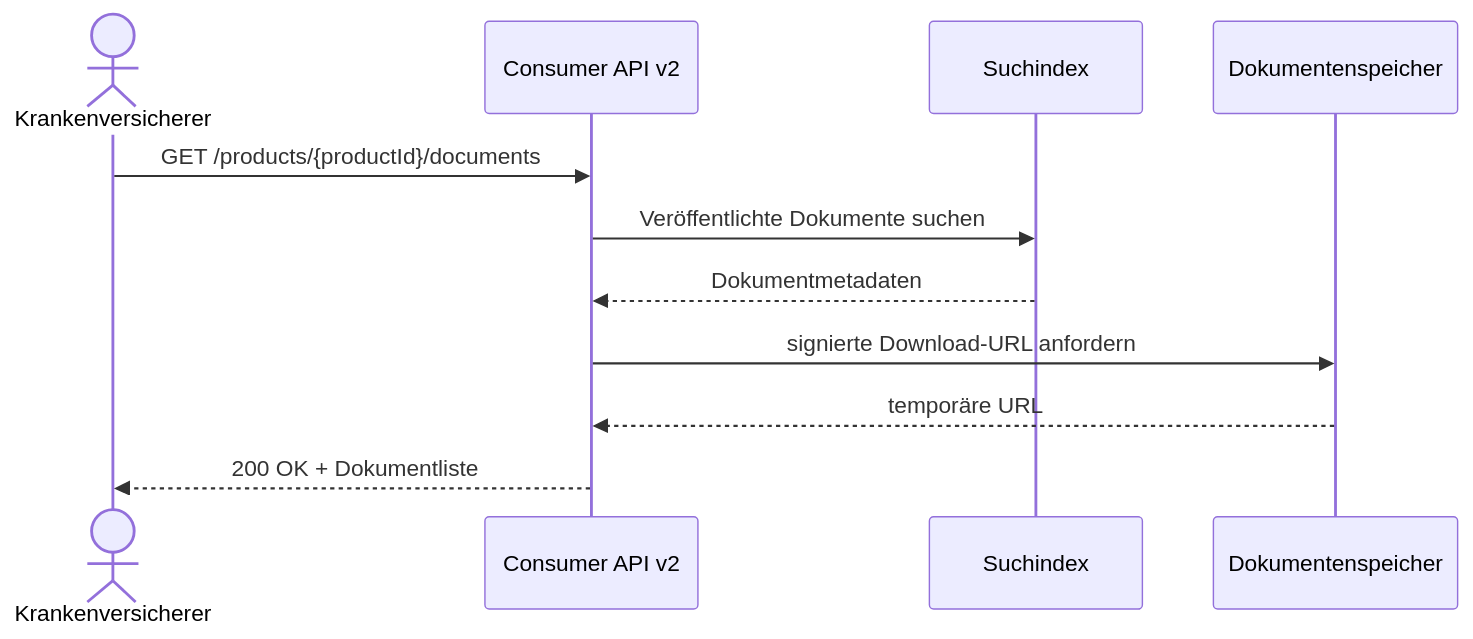
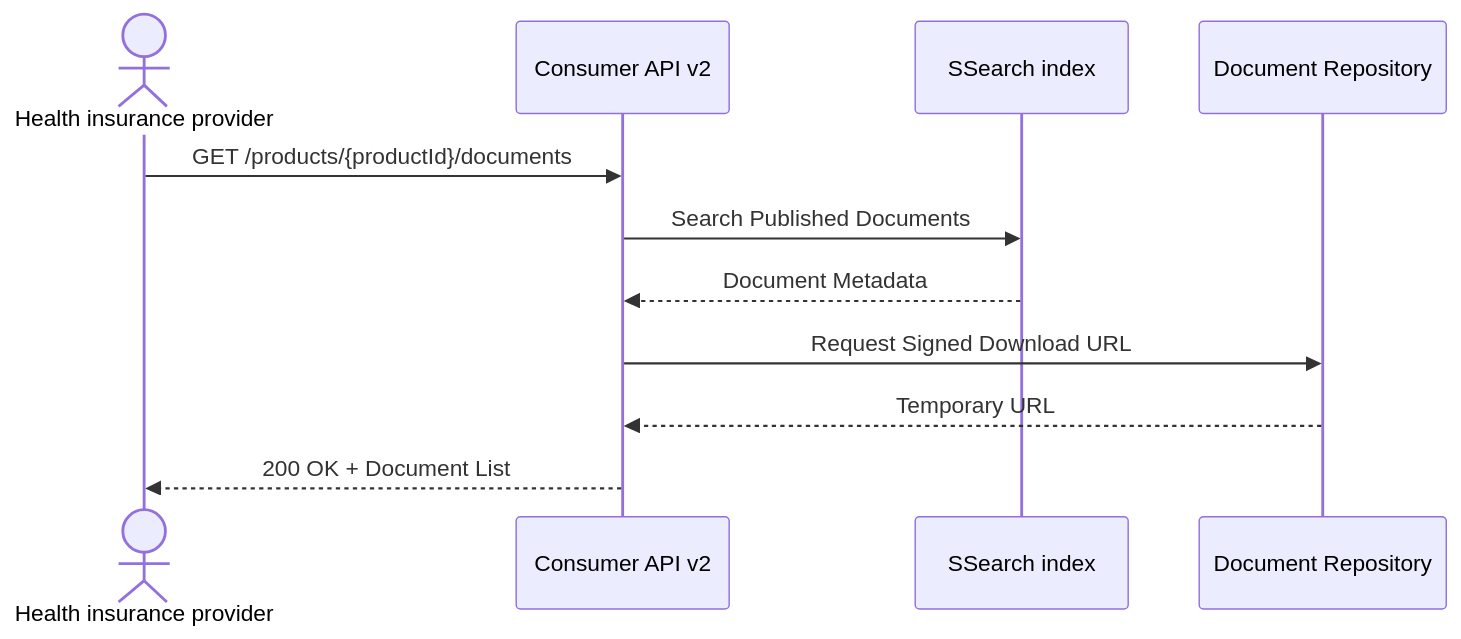
The diagram in content/apis/ecapi/_index.md (Wolfgang61/rl-digital-api-docs), drawn with Mermaid before and after one commit. The commit also changed other lines of this file and 5 other files, not shown here.

````diff
--- a/content/apis/ecapi/_index.md
+++ b/content/apis/ecapi/_index.md
@@ -30,14 +32,14 @@
 ```mermaid
 sequenceDiagram
-    actor Client as Krankenversicherer
+    actor Client as Health insurance provider
     participant EC as Consumer API v2
-    participant IDX as Suchindex
-    participant STORE as Dokumentenspeicher
+    participant IDX as SSearch index
+    participant STORE as Document Repository
 
     Client->>EC: GET /products/{productId}/documents
-    EC->>IDX: Veröffentlichte Dokumente suchen
-    IDX-->>EC: Dokumentmetadaten
-    EC->>STORE: signierte Download-URL anfordern
-    STORE-->>EC: temporäre URL
-    EC-->>Client: 200 OK + Dokumentliste
+    EC->>IDX: Search Published Documents
+    IDX-->>EC: Document Metadata
+    EC->>STORE: Request Signed Download URL
+    STORE-->>EC: Temporary URL
+    EC-->>Client: 200 OK + Document List
 ```
````
